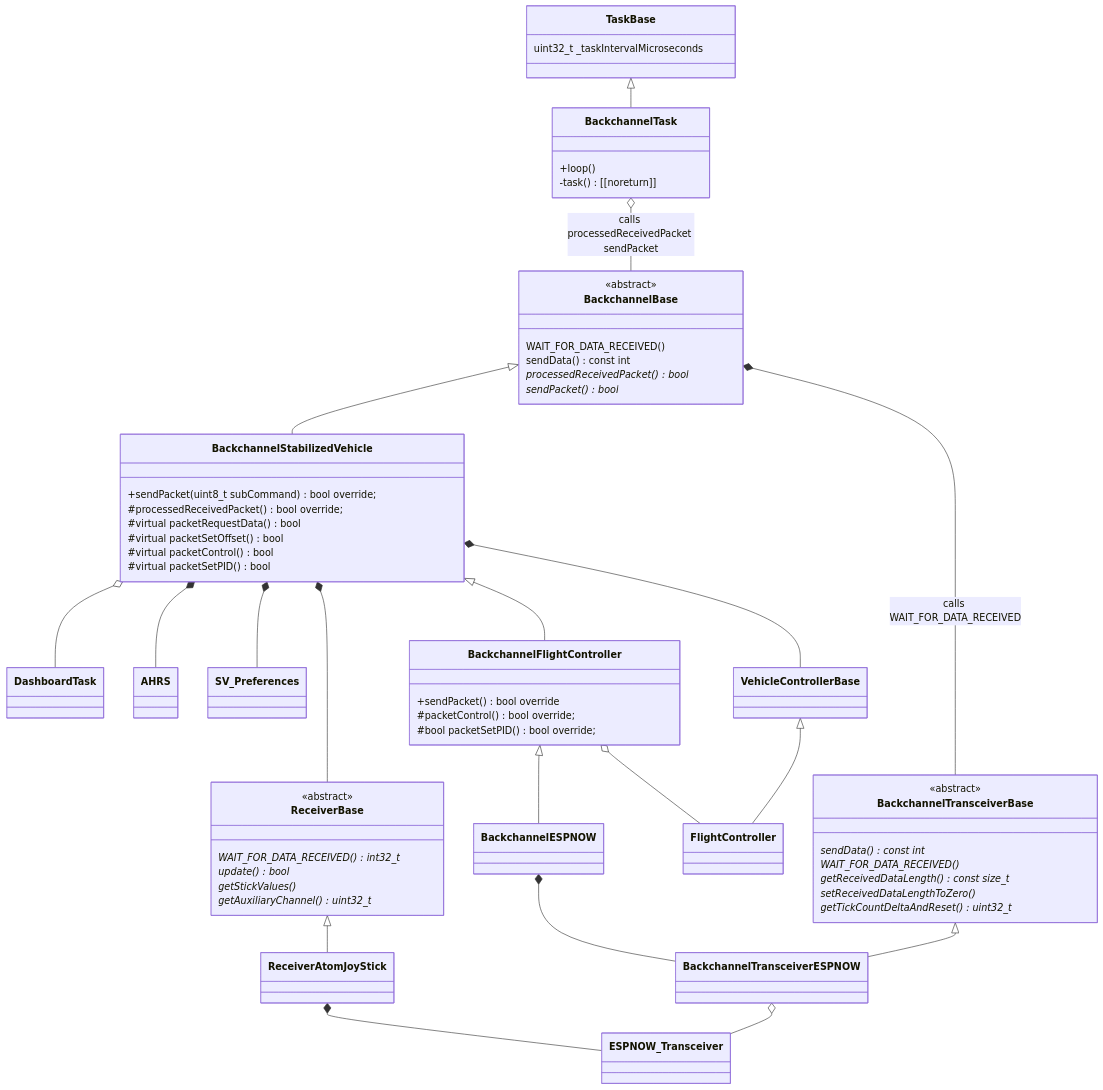
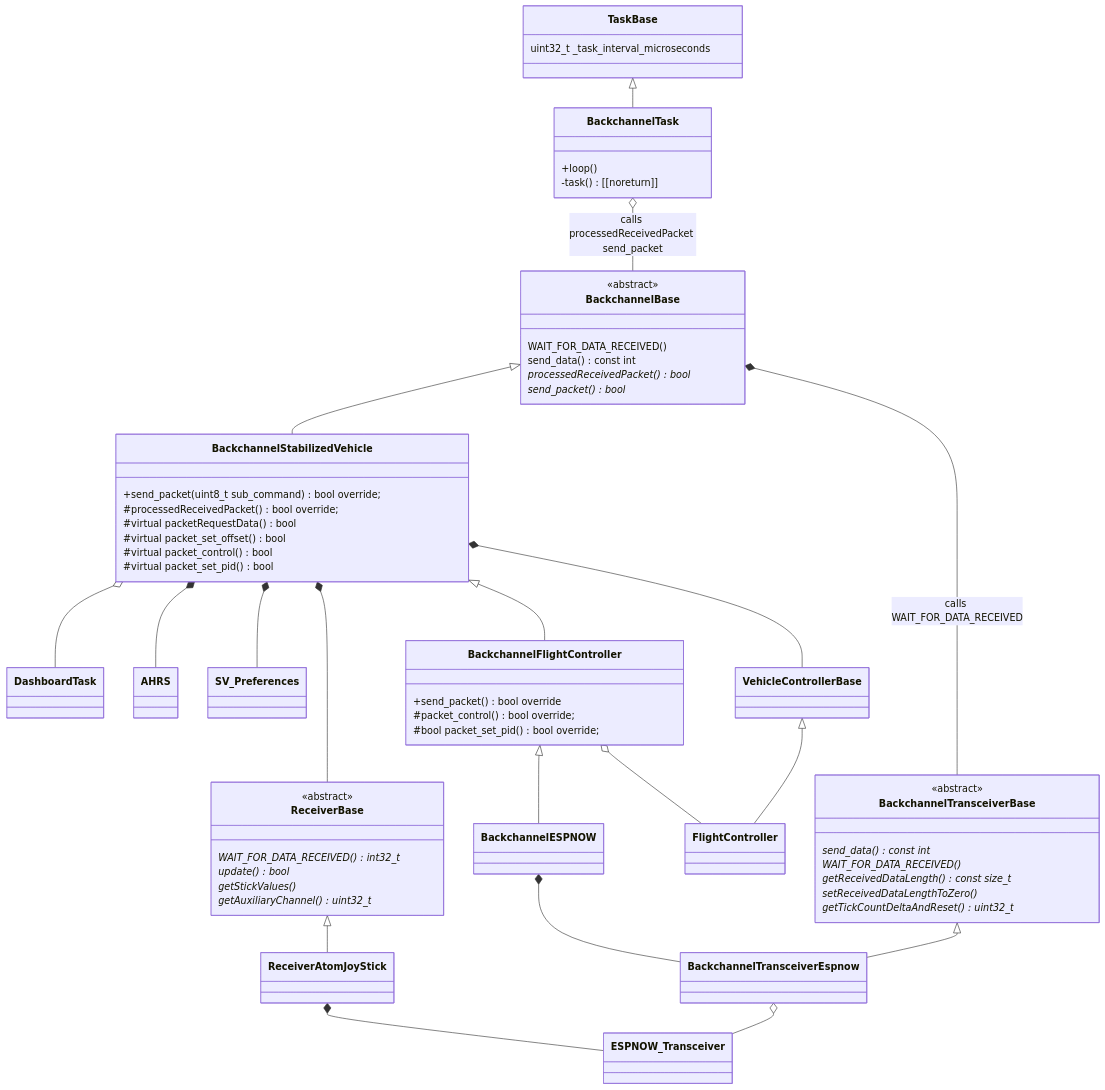
Before and after one commit to martinbudden/Protoflight: the diagram in Backchannel.md, drawn with Mermaid. The commit also changed 124 other files, not shown here.

````diff
--- a/Backchannel.md
+++ b/Backchannel.md
@@ -4,74 +4,74 @@
 ```mermaid
 classDiagram
     class BackchannelTransceiverBase {
         <<abstract>>
-        sendData() const int *
+        send_data() const int *
         WAIT_FOR_DATA_RECEIVED() *
         getReceivedDataLength() const size_t *
         setReceivedDataLengthToZero() *
         getTickCountDeltaAndReset() uint32_t *
     }
 
-    BackchannelTransceiverBase <|-- BackchannelTransceiverESPNOW
-    BackchannelTransceiverESPNOW o-- ESPNOW_Transceiver
+    BackchannelTransceiverBase <|-- BackchannelTransceiverEspnow
+    BackchannelTransceiverEspnow o-- ESPNOW_Transceiver
 
     class BackchannelBase {
         <<abstract>>
         WAIT_FOR_DATA_RECEIVED()
-        sendData() const int
+        send_data() const int
         processedReceivedPacket() bool *
-        sendPacket() bool *
+        send_packet() bool *
     }
     BackchannelBase *-- BackchannelTransceiverBase : calls WAIT_FOR_DATA_RECEIVED
 
     class ReceiverBase {
         <<abstract>>
         WAIT_FOR_DATA_RECEIVED() int32_t *
         update() bool *
         getStickValues() *
         getAuxiliaryChannel() uint32_t *
     }
     ReceiverBase <|-- ReceiverAtomJoyStick
     class ReceiverAtomJoyStick
     ReceiverAtomJoyStick *-- ESPNOW_Transceiver
 
     BackchannelBase <|-- BackchannelStabilizedVehicle
     class BackchannelStabilizedVehicle {
-        +sendPacket(uint8_t subCommand) bool override;
+        +send_packet(uint8_t sub_command) bool override;
         #processedReceivedPacket() bool override;
         #virtual packetRequestData() bool
-        #virtual packetSetOffset() bool
-        #virtual packetControl() bool
-        #virtual packetSetPID() bool
+        #virtual packet_set_offset() bool
+        #virtual packet_control() bool
+        #virtual packet_set_pid() bool
     }
     BackchannelStabilizedVehicle o-- DashboardTask
     BackchannelStabilizedVehicle *-- AHRS
     BackchannelStabilizedVehicle *-- SV_Preferences
     BackchannelStabilizedVehicle *-- ReceiverBase
     BackchannelStabilizedVehicle *-- VehicleControllerBase
 
     BackchannelStabilizedVehicle <|--BackchannelFlightController
     class BackchannelFlightController {
-        +sendPacket() bool override
-        #packetControl() bool override;
-        #bool packetSetPID() bool override;
+        +send_packet() bool override
+        #packet_control() bool override;
+        #bool packet_set_pid() bool override;
     }
     VehicleControllerBase <|-- FlightController
     BackchannelFlightController o-- FlightController
 
     BackchannelFlightController <|-- BackchannelESPNOW
-    BackchannelESPNOW *-- BackchannelTransceiverESPNOW
+    BackchannelESPNOW *-- BackchannelTransceiverEspnow
 
 
 
 
     class TaskBase {
-        uint32_t _taskIntervalMicroseconds
+        uint32_t _task_interval_microseconds
     }
     TaskBase <|-- BackchannelTask
     class BackchannelTask {
         +loop()
         -task() [[noreturn]]
     }
-    BackchannelTask o-- BackchannelBase : calls processedReceivedPacket sendPacket
+    BackchannelTask o-- BackchannelBase : calls processedReceivedPacket send_packet
 ```
````
